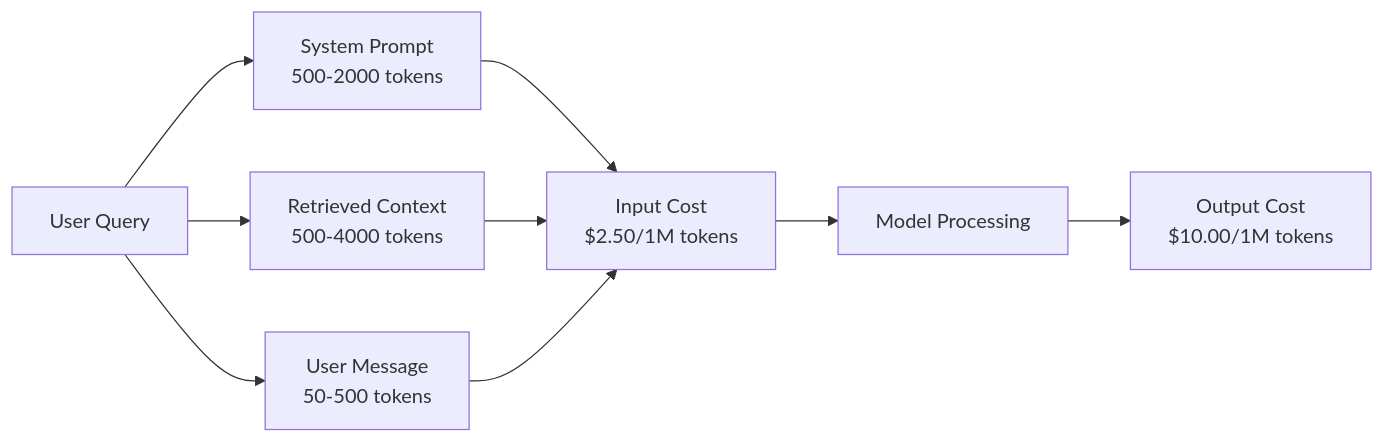
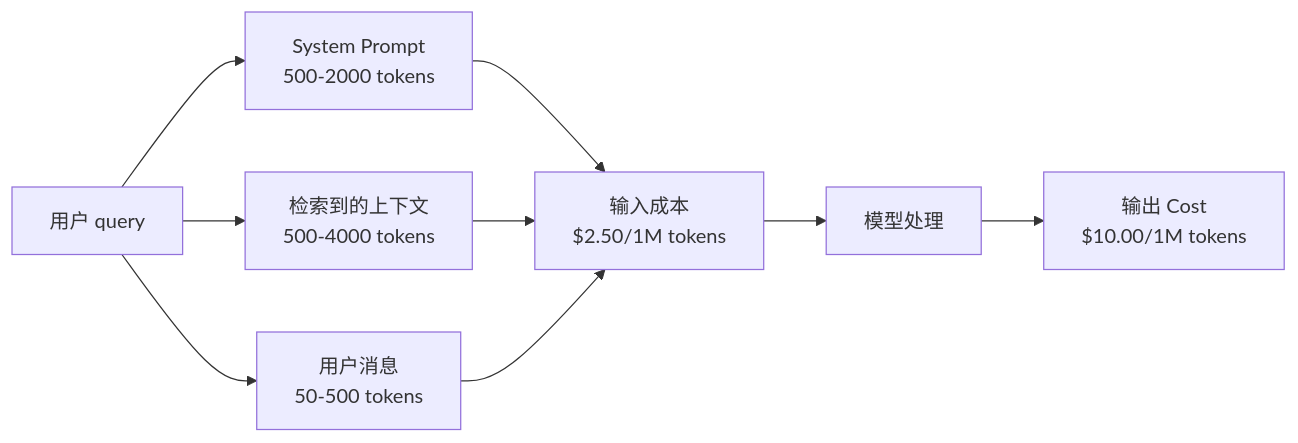
Before and after one commit to JerryC8080/ai-engineering-from-scratch-zh: the first of 3 diagrams in phases/11-llm-engineering/11-caching-cost/docs/zh.md, drawn with Mermaid. The commit also changed other lines of this file and 156 other files, not shown here.

First line of the commit message:
i18n(zh): translate mermaid diagram labels in 157 lesson zh.md

````diff
--- a/phases/11-llm-engineering/11-caching-cost/docs/zh.md
+++ b/phases/11-llm-engineering/11-caching-cost/docs/zh.md
@@ -51,11 +51,11 @@
 ```mermaid
 graph LR
-    A[User Query] --> B[System Prompt<br/>500-2000 tokens]
-    A --> C[Retrieved Context<br/>500-4000 tokens]
-    A --> D[User Message<br/>50-500 tokens]
-    B --> E[Input Cost<br/>$2.50/1M tokens]
+    A[用户 query] --> B[System Prompt<br/>500-2000 tokens]
+    A --> C[检索到的上下文<br/>500-4000 tokens]
+    A --> D[用户消息<br/>50-500 tokens]
+    B --> E[输入成本<br/>$2.50/1M tokens]
     C --> E
     D --> E
-    E --> F[Model Processing]
-    F --> G[Output Cost<br/>$10.00/1M tokens]
+    E --> F[模型处理]
+    F --> G[输出 Cost<br/>$10.00/1M tokens]
 ```
````
